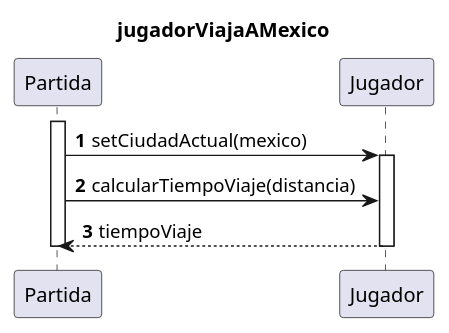
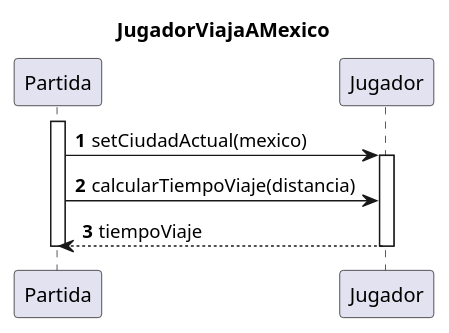
One commit to alexguttlein/TP2-CarmenSandiego changed the diagram in diagrams/sequences/Entrega1/casoUso3.puml. Above: the diagram before and after it, drawn with PlantUML. The commit also changed 2 other files, not shown here.

```diff
--- a/diagrams/sequences/Entrega1/casoUso3.puml
+++ b/diagrams/sequences/Entrega1/casoUso3.puml
@@ -1,14 +1,14 @@
 @startuml
 
 autonumber
-title jugadorViajaAMexico
+title "JugadorViajaAMexico"
 activate Partida
 Partida -> Jugador: setCiudadActual(mexico)
 activate Jugador
 Partida -> Jugador: calcularTiempoViaje(distancia)
 Jugador --> Partida: tiempoViaje
 
 deactivate Jugador
 deactivate Partida
 
 @enduml
```
